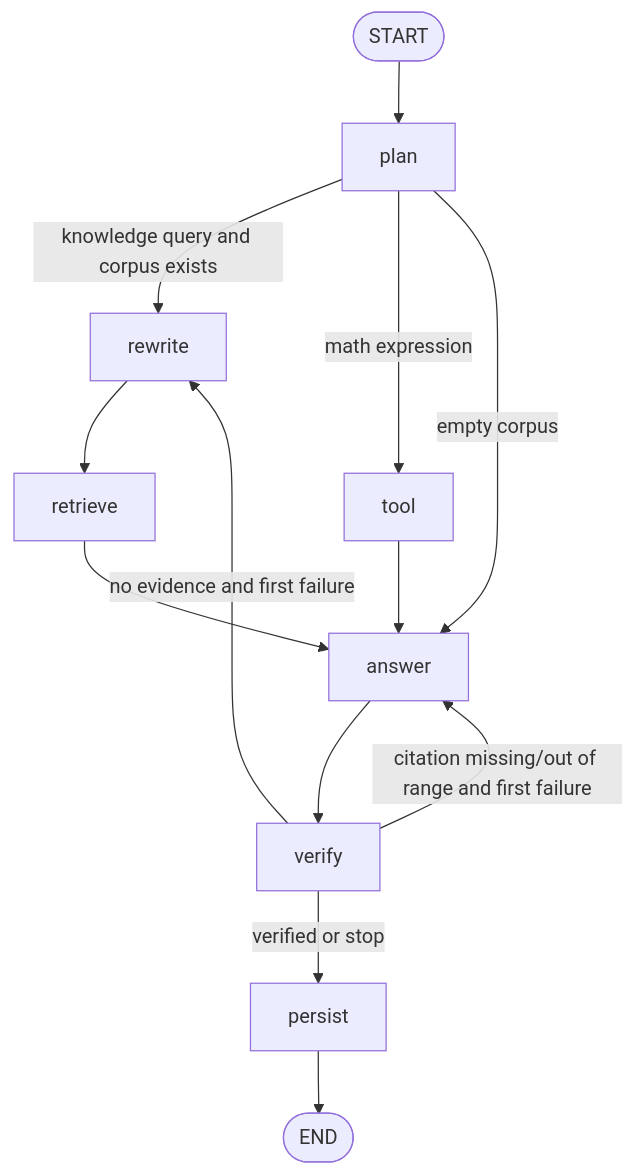
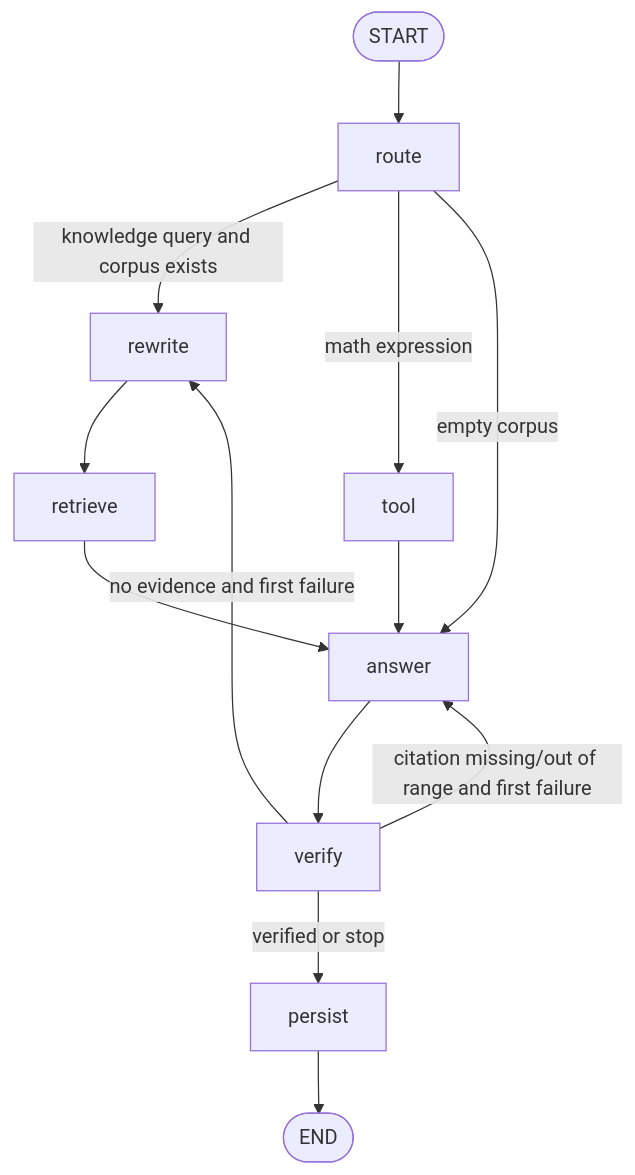
One commit to francis3253161180-maker/researchflow-agent changed the second of 4 diagrams in docs/quickstarts/langgraph.md. Above: the diagram before and after it, drawn with Mermaid. The commit also changed other lines of this file and 15 other files, not shown here.

Commit message:
refactor: rename plan node to route

````diff
--- a/docs/quickstarts/langgraph.md
+++ b/docs/quickstarts/langgraph.md
@@ -102,24 +102,24 @@
 ```mermaid
 flowchart TB
     START([START])
-    PLAN[plan]
+    ROUTE[route]
     REWRITE[rewrite]
     RETRIEVE[retrieve]
     TOOL[tool]
     ANSWER[answer]
     VERIFY[verify]
     PERSIST[persist]
     ENDNODE([END])
 
-    START --> PLAN
-    PLAN -->|knowledge query and corpus exists| REWRITE --> RETRIEVE
-    PLAN -->|math expression| TOOL
-    PLAN -->|empty corpus| ANSWER
+    START --> ROUTE
+    ROUTE -->|knowledge query and corpus exists| REWRITE --> RETRIEVE
+    ROUTE -->|math expression| TOOL
+    ROUTE -->|empty corpus| ANSWER
     RETRIEVE --> ANSWER
     TOOL --> ANSWER
     ANSWER --> VERIFY
     VERIFY -->|no evidence and first failure| REWRITE
     VERIFY -->|citation missing/out of range and first failure| ANSWER
     VERIFY -->|verified or stop| PERSIST
     PERSIST --> ENDNODE
 ```
````
